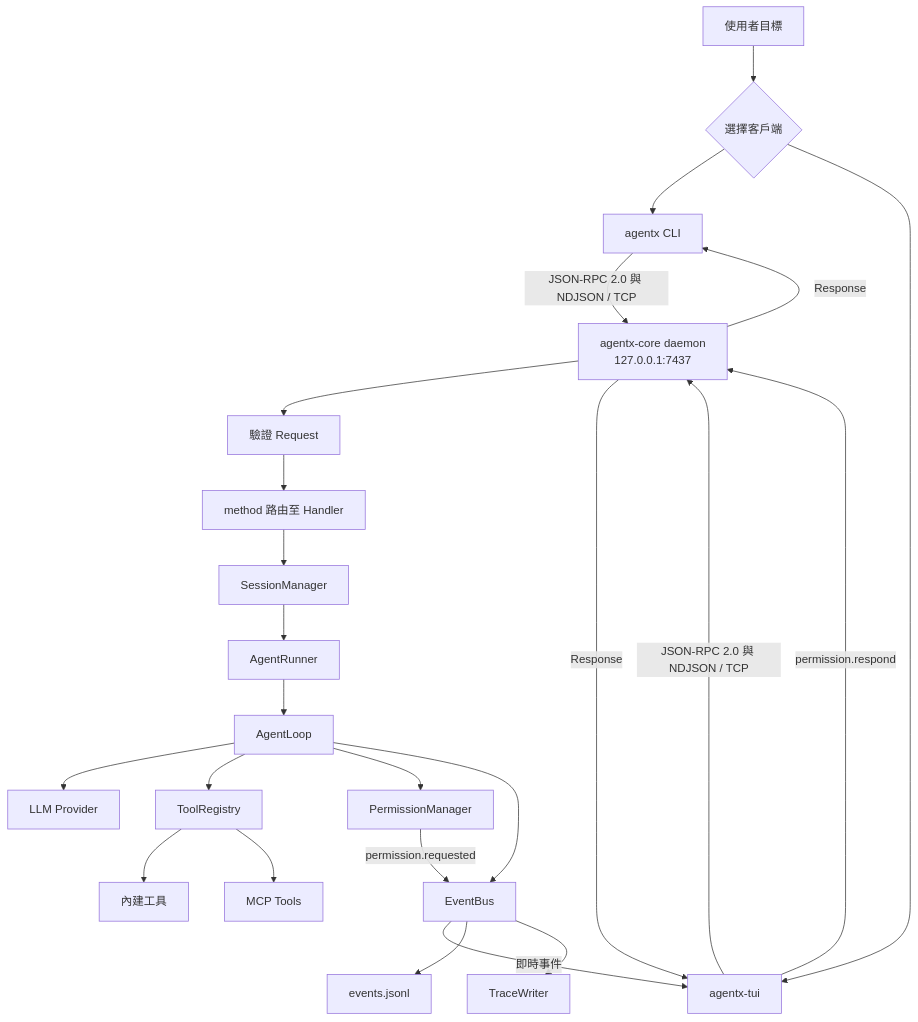
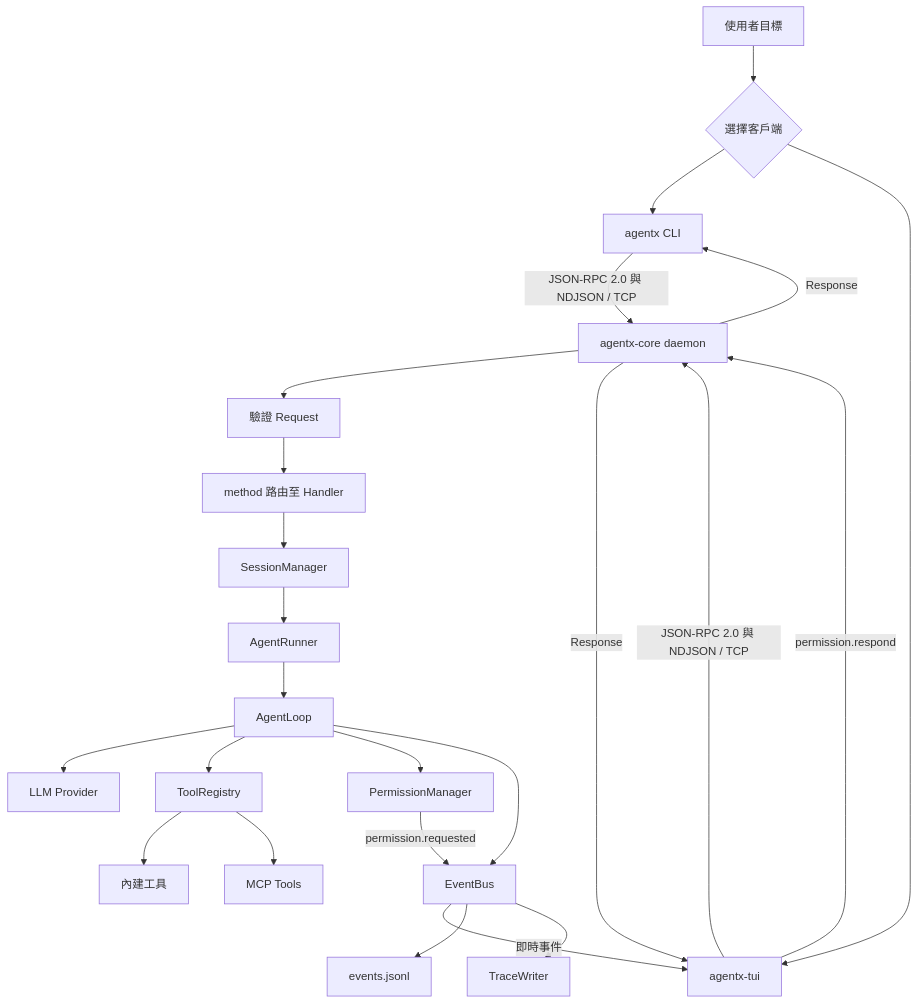
Before and after one commit to poweichen00/AI-Agent: the diagram in README.md, drawn with Mermaid.

Commit message:
docs: remove daemon address from diagram

````diff
--- a/README.md
+++ b/README.md
@@ -70,31 +70,31 @@
 ```mermaid
 flowchart TD
     User[使用者目標] --> Client{選擇客戶端}
     Client --> CLI[agentx CLI]
     Client --> TUI[agentx-tui]
 
-    CLI -->|JSON-RPC 2.0 與 NDJSON / TCP| Core[agentx-core daemon<br/>127.0.0.1:7437]
+    CLI -->|JSON-RPC 2.0 與 NDJSON / TCP| Core[agentx-core daemon]
     TUI -->|JSON-RPC 2.0 與 NDJSON / TCP| Core
 
     Core --> Validate[驗證 Request]
     Validate --> Handler[method 路由至 Handler]
     Handler --> Session[SessionManager]
     Session --> Runner[AgentRunner]
     Runner --> Loop[AgentLoop]
 
     Loop --> LLM[LLM Provider]
     Loop --> Registry[ToolRegistry]
     Registry --> Builtin[內建工具]
     Registry --> MCP[MCP Tools]
     Loop --> Permission[PermissionManager]
     Loop --> Bus[EventBus]
 
     Permission -->|permission.requested| Bus
     Bus -->|即時事件| TUI
     Bus --> Events[events.jsonl]
     Bus --> Trace[TraceWriter]
 
     Core -->|Response| CLI
     Core -->|Response| TUI
     TUI -->|permission.respond| Core
 ```
````
